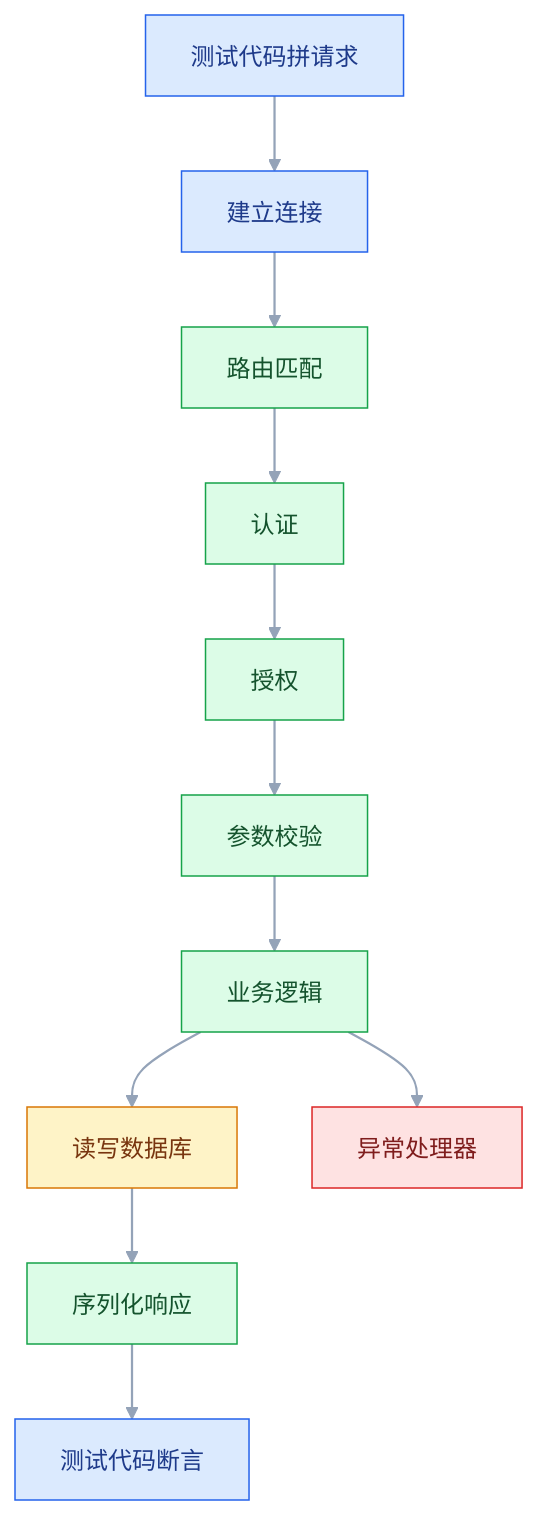
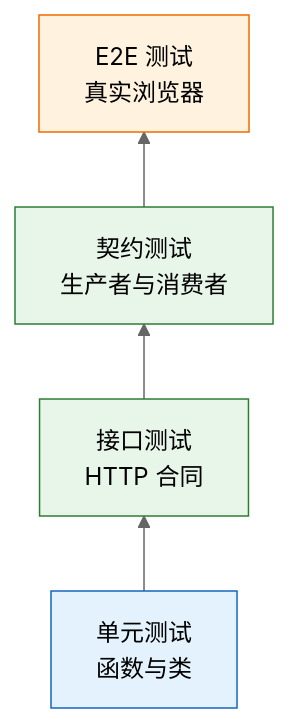
One commit to jimbosuper/studynotes changed the first of 3 diagrams in blog/src/notes/06-测试/03-接口与E2E测试/01-接口测试.md. Above: the diagram before and after it, drawn with Mermaid (neutral theme). The commit also changed other lines of this file and 367 other files, not shown here.

````diff
--- a/blog/src/notes/06-测试/03-接口与E2E测试/01-接口测试.md
+++ b/blog/src/notes/06-测试/03-接口与E2E测试/01-接口测试.md
@@ -608,19 +29,12 @@
 ```mermaid
-flowchart TD
-    classDef client fill:#DBEAFE,stroke:#2563EB,color:#1E3A8A
-    classDef service fill:#DCFCE7,stroke:#16A34A,color:#14532D
-    classDef data fill:#FEF3C7,stroke:#D97706,color:#78350F
-    classDef danger fill:#FEE2E2,stroke:#DC2626,color:#7F1D1D
-
-    A["测试代码拼请求"]:::client --> B["建立连接"]:::client
-    B --> C["路由匹配"]:::service
-    C --> D["认证"]:::service
-    D --> E["授权"]:::service
-    E --> F["参数校验"]:::service
-    F --> G["业务逻辑"]:::service
-    G --> H["读写数据库"]:::data
-    H --> I["序列化响应"]:::service
-    I --> J["测试代码断言"]:::client
-    G --> X["异常处理器"]:::danger
-    linkStyle default stroke:#94A3B8,stroke-width:1.5px
+flowchart BT
+    U["单元测试<br/>函数与类"] --> I["接口测试<br/>HTTP 合同"]
+    I --> C["契约测试<br/>生产者与消费者"]
+    C --> E["E2E 测试<br/>真实浏览器"]
+    classDef client fill:#e3f2fd,stroke:#1565c0;
+    classDef engine fill:#e8f5e9,stroke:#2e7d32;
+    classDef image fill:#fff3e0,stroke:#ef6c00;
+    class U client
+    class I,C engine
+    class E image
 ```
````
